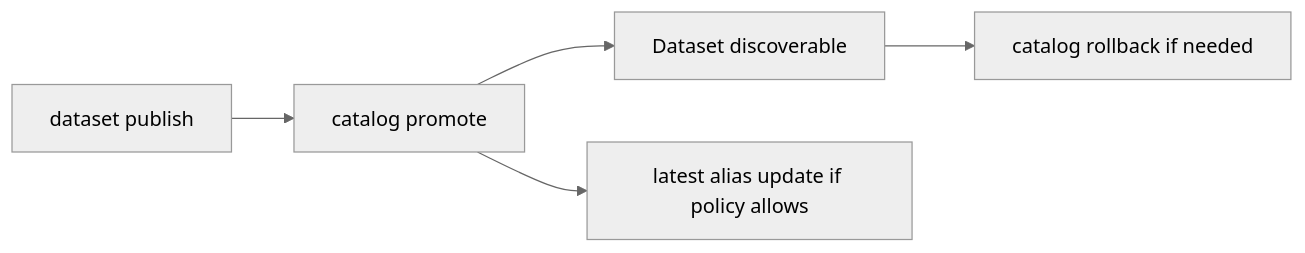
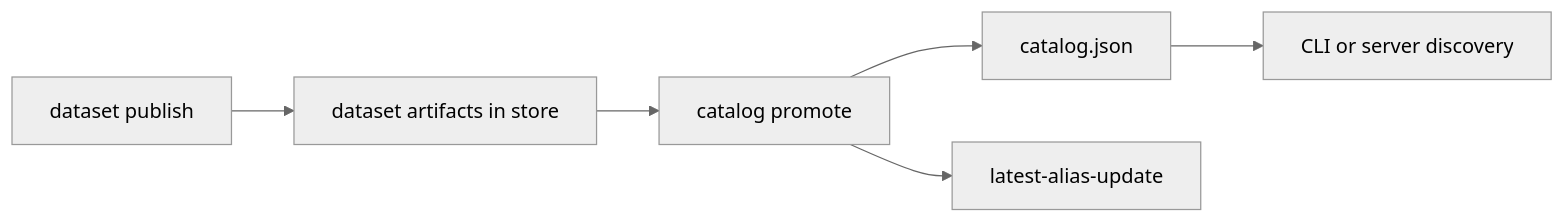
Before and after one commit to bijux/bijux-atlas: the first of 2 diagrams in docs/bijux-atlas/workflows/catalog-workflows.md, drawn with Mermaid (neutral theme). The commit also changed other lines of this file and 2 other files, not shown here.

Commit message:
docs(workflows): define ingest publication and discovery gates

````diff
--- a/docs/bijux-atlas/workflows/catalog-workflows.md
+++ b/docs/bijux-atlas/workflows/catalog-workflows.md
@@ -20,7 +16,8 @@
 ```mermaid
 flowchart LR
-    Publish[dataset publish] --> Promote[catalog promote]
-    Promote --> Discover[Dataset discoverable]
-    Discover --> Rollback[catalog rollback if needed]
-    Promote --> Alias[latest alias update if policy allows]
+    Publish["dataset publish"] --> Stored["dataset artifacts in store"]
+    Stored --> Promote["catalog promote"]
+    Promote --> Catalog["catalog.json"]
+    Catalog --> Runtime["CLI or server discovery"]
+    Promote --> Alias["latest-alias-update"]
 ```
````
